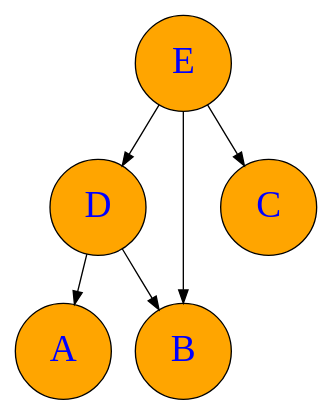
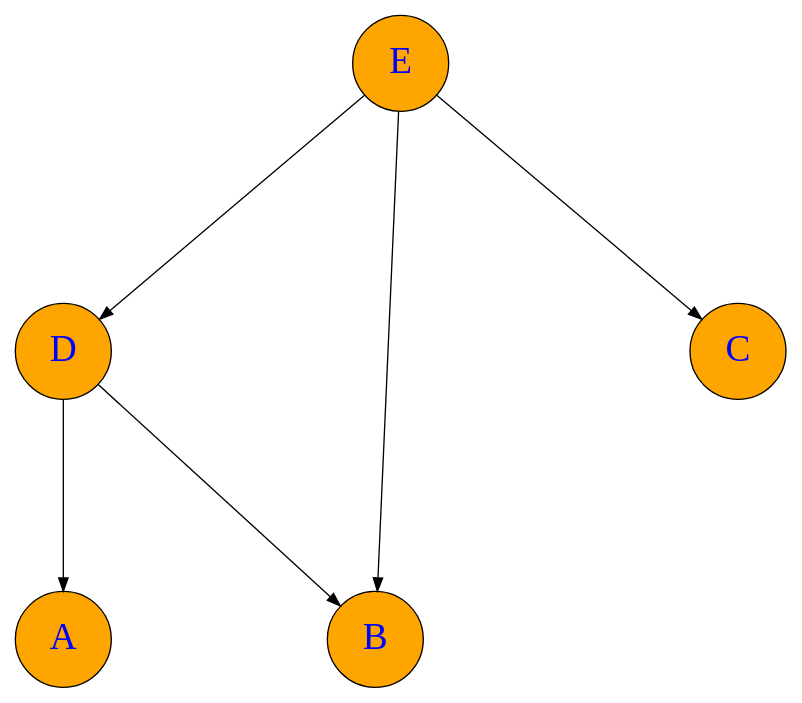
One commit to OfirMatasas/GPUP changed the diagram in JavaFXUI/src/resourcers/graphviz/small_graph.dot. Above: the diagram before and after it, drawn with Graphviz. The commit also changed 7 other files, not shown here.

Commit message:
displayed big and small graphs

```diff
--- a/JavaFXUI/src/resourcers/graphviz/small_graph.dot
+++ b/JavaFXUI/src/resourcers/graphviz/small_graph.dot
@@ -1,10 +1,13 @@
 digraph G {
 
 node [margin=0 fontcolor=blue fontsize=28 width=1 shape=circle style=filled fillcolor=orange]
+
+nodesep=2;
+ranksep = 2;
 
 E -> D 
 D -> A 
 D -> B 
 E -> B 
 E -> C 
 }
```
